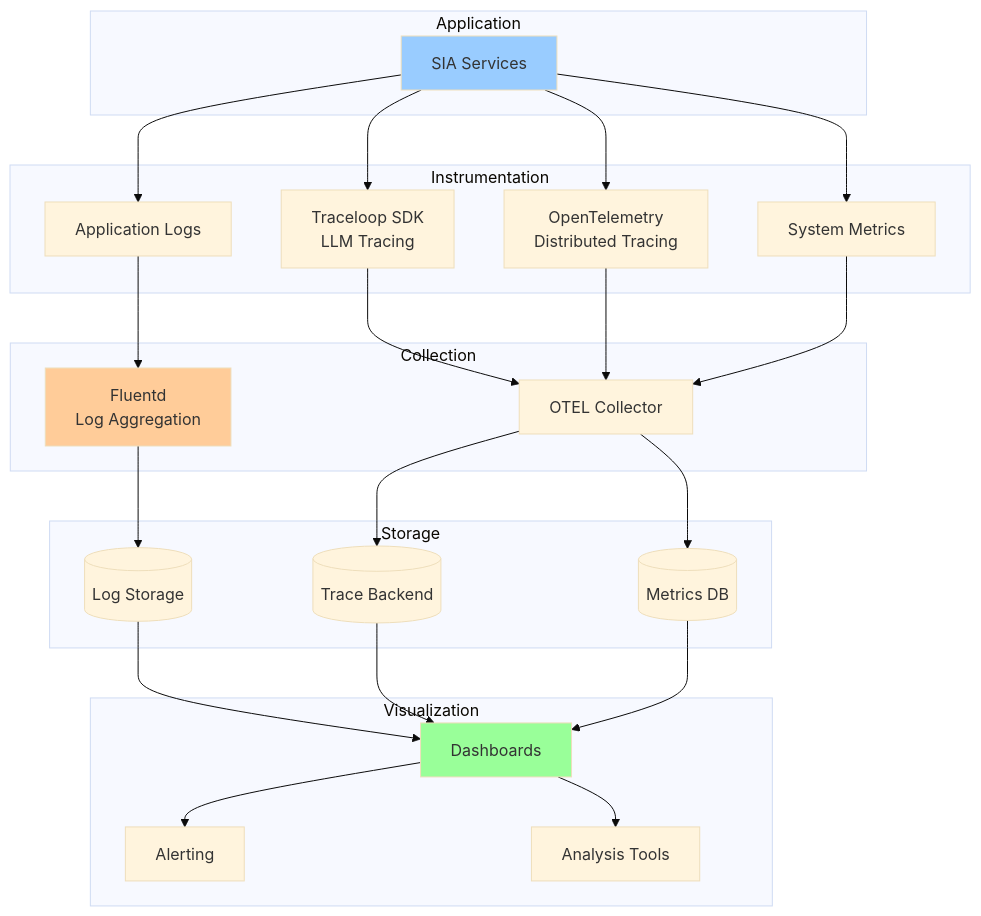
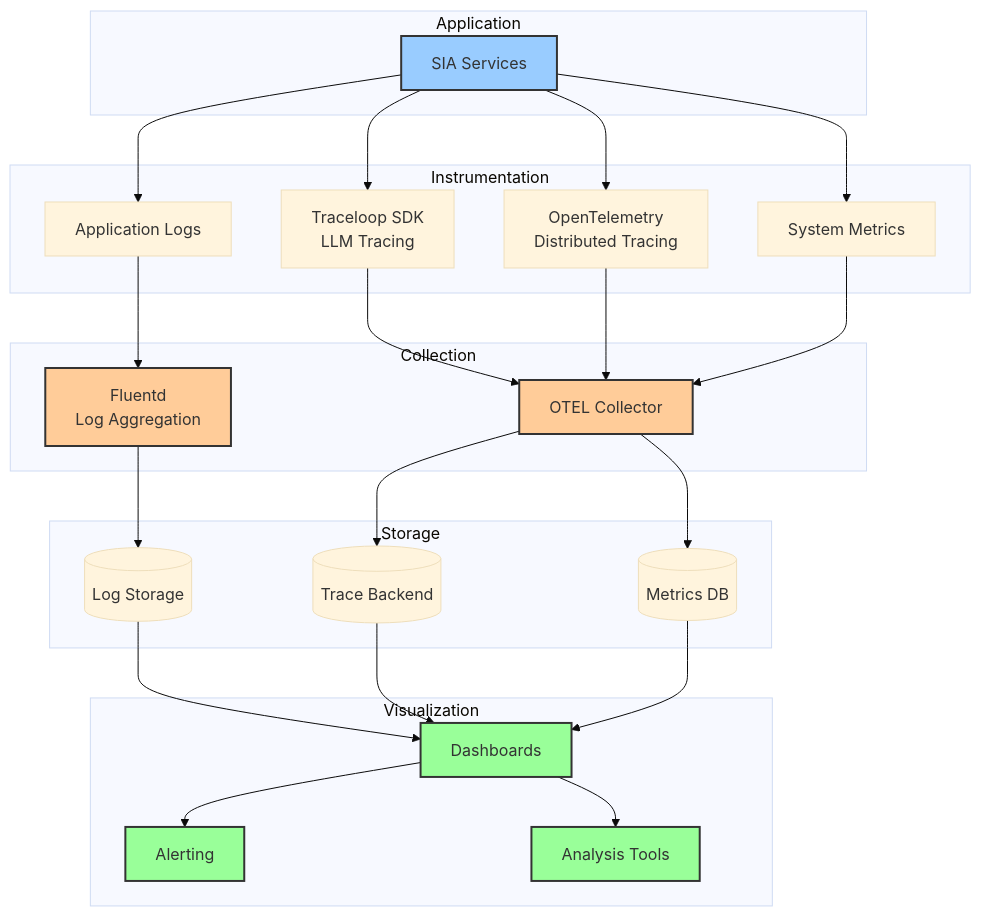
One commit to Vishwa0220/securaa-internal-documents changed the tenth of 10 diagrams in sia-service-high-level-design.md. Above: the diagram before and after it, drawn with Mermaid (base theme). The commit also changed other lines of this file and 1 other file, not shown here.

First line of the commit message:
fix: correct mermaid diagram syntax in SIA service HLD and LLD

````diff
--- a/sia-service-high-level-design.md
+++ b/sia-service-high-level-design.md
@@ -1226,55 +1236,59 @@
 ```mermaid
 graph TB
-    subgraph "Application"
+    subgraph Application
         APP[SIA Services]
     end
     
-    subgraph "Instrumentation"
+    subgraph Instrumentation
         TRACE[Traceloop SDK<br/>LLM Tracing]
         OTEL[OpenTelemetry<br/>Distributed Tracing]
         LOGS[Application Logs]
         METRICS[System Metrics]
     end
     
-    subgraph "Collection"
+    subgraph Collection
         FLUENTD[Fluentd<br/>Log Aggregation]
         AGENT[OTEL Collector]
     end
     
-    subgraph "Storage"
+    subgraph Storage
         LOGSTOR[(Log Storage)]
         TRACESTOR[(Trace Backend)]
         METRICSTOR[(Metrics DB)]
     end
     
-    subgraph "Visualization"
+    subgraph Visualization
         DASH[Dashboards]
         ALERT[Alerting]
         ANALYZE[Analysis Tools]
     end
     
     APP --> TRACE
     APP --> OTEL
     APP --> LOGS
     APP --> METRICS
     
     TRACE --> AGENT
     OTEL --> AGENT
     LOGS --> FLUENTD
     METRICS --> AGENT
     
     FLUENTD --> LOGSTOR
     AGENT --> TRACESTOR
     AGENT --> METRICSTOR
     
     LOGSTOR --> DASH
     TRACESTOR --> DASH
     METRICSTOR --> DASH
     
     DASH --> ALERT
     DASH --> ANALYZE
     
-    style APP fill:#99ccff
-    style FLUENTD fill:#ffcc99
-    style DASH fill:#99ff99
+    classDef application fill:#99ccff,stroke:#333,stroke-width:2px
+    classDef collector fill:#ffcc99,stroke:#333,stroke-width:2px
+    classDef dashboard fill:#99ff99,stroke:#333,stroke-width:2px
+    
+    class APP application
+    class FLUENTD,AGENT collector
+    class DASH,ALERT,ANALYZE dashboard
 ```
````
